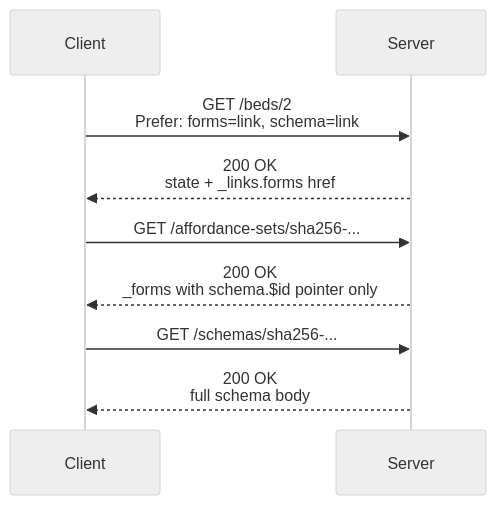
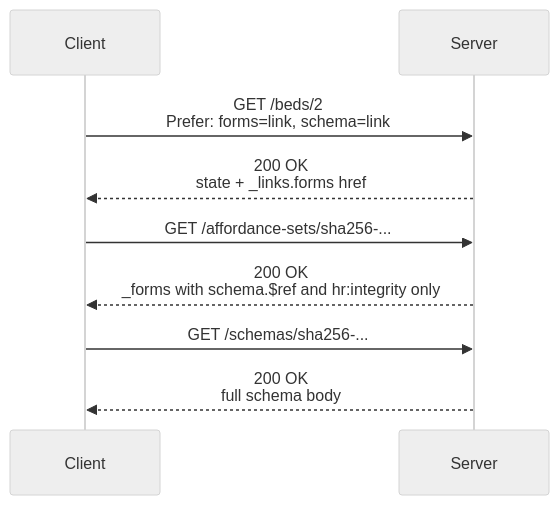
One commit to JogoShugh/heart-rise-artie changed the third of 7 diagrams in spec/SPEC.md. Above: the diagram before and after it, drawn with Mermaid (neutral theme). The commit also changed 2 other files, not shown here.

Commit message:
Docs say what the server sends: schema $ref, and past from EventSourcing
SPEC §6.10.3's diagram showed an L2 set's forms pointing to their schema
with $id; they send $ref with hr:integrity. CONFORMANCE-GAPS compared the
cache exhibit with the same old form. The heart README's Past section now
shows how the domains declare their past: from the type's EventSourcing,
or with Past directly when no event store is used.

Claude-Session: https://claude.ai/code/session_01LERnokrfi4CG3umHwRSpyK

````diff
--- a/spec/SPEC.md
+++ b/spec/SPEC.md
@@ -675,14 +675,14 @@
 ```mermaid
 sequenceDiagram
     participant Client
     participant Server
 
     Client->>Server: GET /beds/2<br/>Prefer: forms=link, schema=link
     Server-->>Client: 200 OK<br/>state + _links.forms href
 
     Client->>Server: GET /affordance-sets/sha256-...
-    Server-->>Client: 200 OK<br/>_forms with schema.$id pointer only
+    Server-->>Client: 200 OK<br/>_forms with schema.$ref and hr:integrity only
 
     Client->>Server: GET /schemas/sha256-...
     Server-->>Client: 200 OK<br/>full schema body
 ```
````
